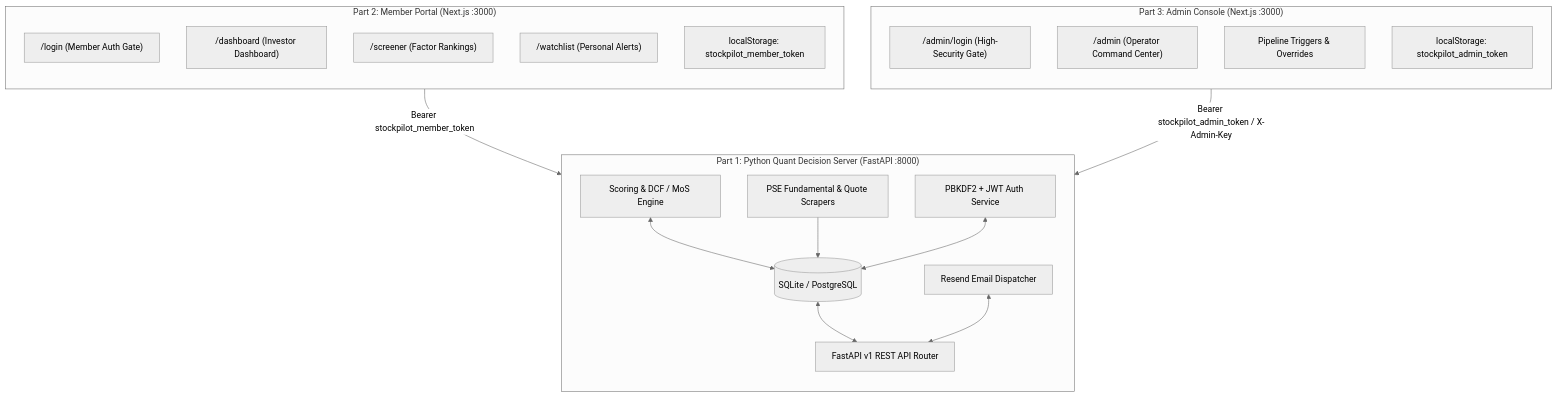
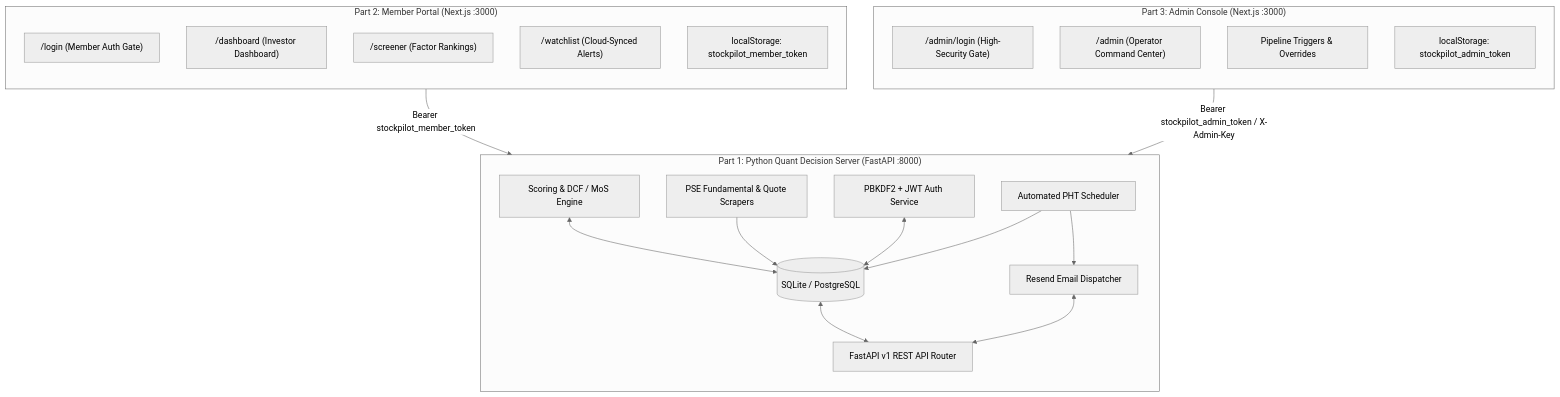
One commit to jorgeofthejungle/pse-quant-saas changed the diagram in HANDOFF.md. Above: the diagram before and after it, drawn with Mermaid (neutral theme). The commit also changed other lines of this file and 15 other files, not shown here.

Commit message:
feat: complete member watchlist sync, automated scheduler, reportlab email pipeline, and scraper hardening

````diff
--- a/HANDOFF.md
+++ b/HANDOFF.md
@@ -13,38 +13,41 @@
 ```mermaid
 flowchart TD
     subgraph Part1["Part 1: Python Quant Decision Server (FastAPI :8000)"]
         direction TB
         DB[(SQLite / PostgreSQL)]
         Engine[Scoring & DCF / MoS Engine]
         Scrapers[PSE Fundamental & Quote Scrapers]
         Auth[PBKDF2 + JWT Auth Service]
+        Scheduler[Automated PHT Scheduler]
         Resend[Resend Email Dispatcher]
         API[FastAPI v1 REST API Router]
         
         DB <--> API
         Engine <--> DB
         Scrapers --> DB
         Auth <--> DB
+        Scheduler --> DB
+        Scheduler --> Resend
         Resend <--> API
     end
 
     subgraph Part2["Part 2: Member Portal (Next.js :3000)"]
         direction TB
         MLogin["/login (Member Auth Gate)"]
         MDash["/dashboard (Investor Dashboard)"]
         MScreen["/screener (Factor Rankings)"]
-        MWay["/watchlist (Personal Alerts)"]
+        MWay["/watchlist (Cloud-Synced Alerts)"]
         MToken["localStorage: stockpilot_member_token"]
     end
 
     subgraph Part3["Part 3: Admin Console (Next.js :3000)"]
         direction TB
         ALogin["/admin/login (High-Security Gate)"]
         ADash["/admin (Operator Command Center)"]
         AControls["Pipeline Triggers & Overrides"]
         AToken["localStorage: stockpilot_admin_token"]
     end
 
     Part2 -- "Bearer stockpilot_member_token" --> API
     Part3 -- "Bearer stockpilot_admin_token / X-Admin-Key" --> API
 ```
````
